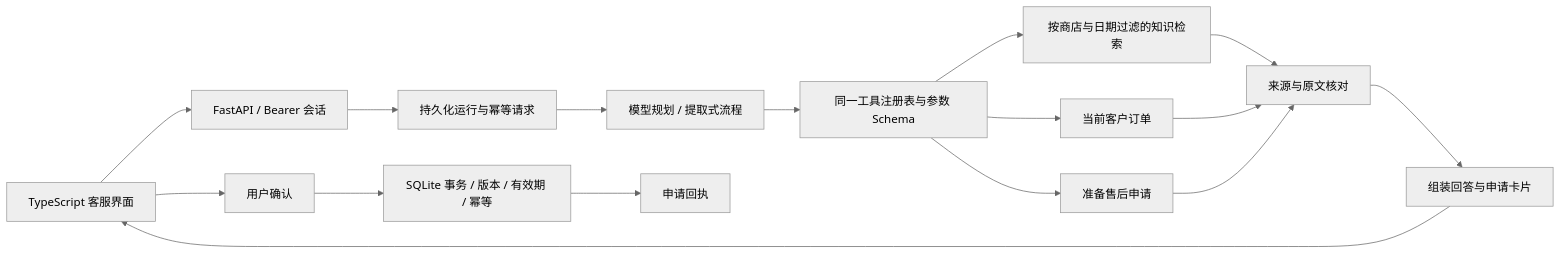
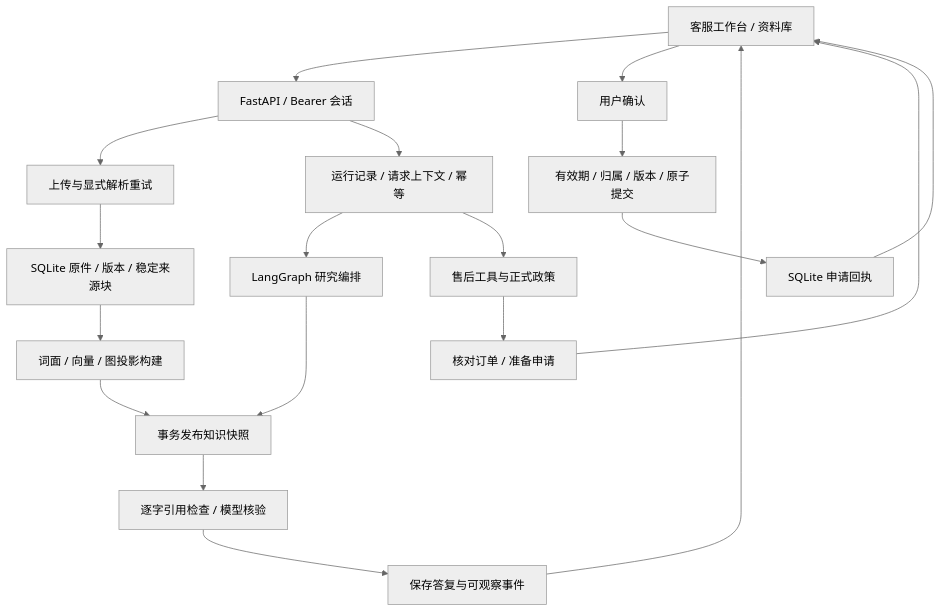
Before and after one commit to Hokkaidoooo/tracedesk: the diagram in docs/architecture.md, drawn with Mermaid (neutral theme). The commit also changed other lines of this file and 119 other files, not shown here.

Commit message:
实现 v0.2.0 文档证据、图检索与研究流程

````diff
--- a/docs/architecture.md
+++ b/docs/architecture.md
@@ -5,18 +5,21 @@
 ```mermaid
-flowchart LR
-    UI[TypeScript 客服界面] --> API[FastAPI / Bearer 会话]
-    API --> Run[持久化运行与幂等请求]
-    Run --> Plan[模型规划 / 提取式流程]
-    Plan --> Tools[同一工具注册表与参数 Schema]
-    Tools --> Search[按商店与日期过滤的知识检索]
-    Tools --> Orders[当前客户订单]
-    Tools --> Prepare[准备售后申请]
-    Search --> Evidence[来源与原文核对]
-    Orders --> Evidence
-    Prepare --> Evidence
-    Evidence --> Answer[组装回答与申请卡片]
-    Answer --> UI
+flowchart TD
+    UI[客服工作台 / 资料库] --> API[FastAPI / Bearer 会话]
+    API --> Upload[上传与显式解析重试]
+    Upload --> Source[SQLite 原件 / 版本 / 稳定来源块]
+    Source --> Build[词面 / 向量 / 图投影构建]
+    Build --> Snapshot[事务发布知识快照]
+    API --> Run[运行记录 / 请求上下文 / 幂等]
+    Run --> Research[LangGraph 研究编排]
+    Research --> Snapshot
+    Snapshot --> Verify[逐字引用检查 / 模型核验]
+    Verify --> Turn[保存答复与可观察事件]
+    Run --> Support[售后工具与正式政策]
+    Support --> Prepare[核对订单 / 准备申请]
+    Prepare --> UI
     UI --> Confirm[用户确认]
-    Confirm --> Tx[SQLite 事务 / 版本 / 有效期 / 幂等]
-    Tx --> Receipt[申请回执]
+    Confirm --> Transaction[有效期 / 归属 / 版本 / 原子提交]
+    Transaction --> Receipt[SQLite 申请回执]
+    Turn --> UI
+    Receipt --> UI
 ```
````
